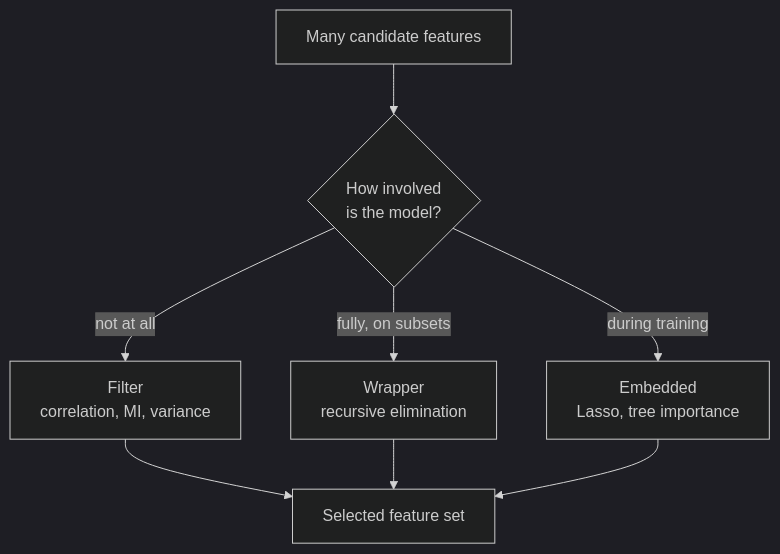
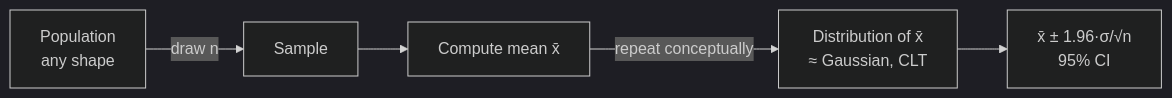
The second of 3 diagrams in ai-ml-encyclopedia/ch04.qmd (kader-xai/kader-xai.github.io), drawn with Mermaid (dark theme) before and after one commit. The commit also changed other lines of this file and 47 other files, not shown here.

````diff
--- a/ai-ml-encyclopedia/ch04.qmd
+++ b/ai-ml-encyclopedia/ch04.qmd
@@ -264,10 +340,7 @@
 ```{mermaid}
-flowchart TD
-  A[Many candidate features] --> B{How involved<br/>is the model?}
-  B -->|not at all| C[Filter<br/>correlation, MI, variance]
-  B -->|fully, on subsets| D[Wrapper<br/>recursive elimination]
-  B -->|during training| E[Embedded<br/>Lasso, tree importance]
-  C --> F[Selected feature set]
-  D --> F
-  E --> F
+flowchart LR
+  A[Population<br/>any shape] -->|draw n| B[Sample]
+  B --> C[Compute mean x̄]
+  C -->|repeat conceptually| D[Distribution of x̄<br/>≈ Gaussian, CLT]
+  D --> E[x̄ ± 1.96·σ/√n<br/>95% CI]
 ```
````
